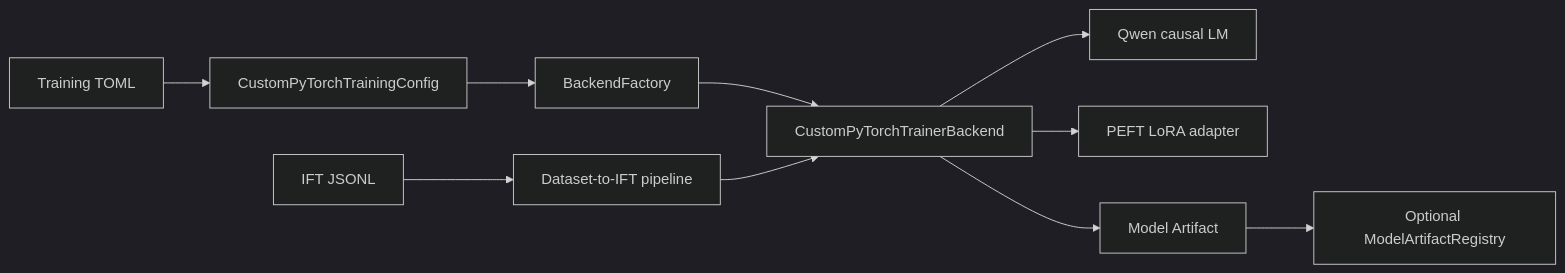
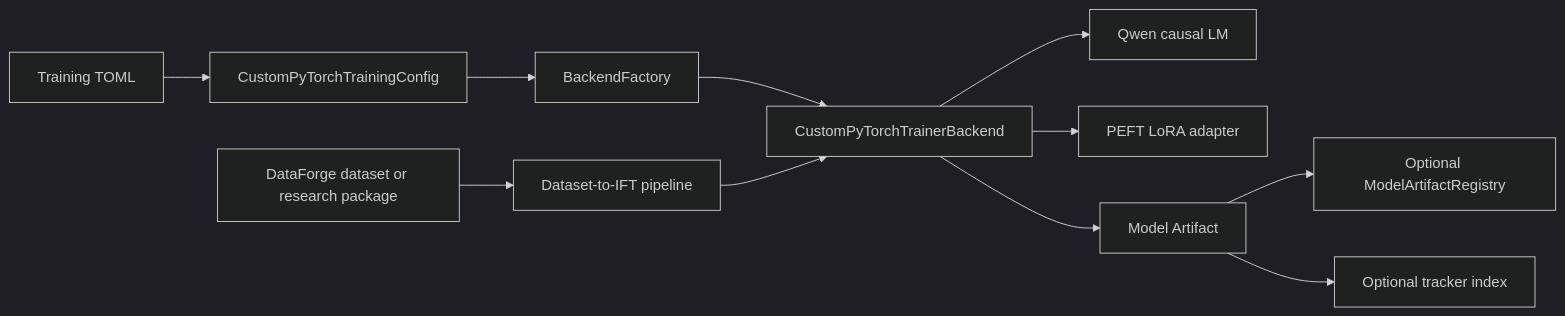
The diagram in docs/architecture.md (cognityx/cognityx-training), drawn with Mermaid (dark theme) before and after one commit. The commit also changed other lines of this file and 22 other files, not shown here.

````diff
--- a/docs/architecture.md
+++ b/docs/architecture.md
@@ -3,12 +3,13 @@
 ```mermaid
 flowchart LR
     TOML[Training TOML] --> Config[CustomPyTorchTrainingConfig]
     Config --> Factory[BackendFactory]
     Factory --> Backend[CustomPyTorchTrainerBackend]
-    JSONL[IFT JSONL] --> Pipeline[Dataset-to-IFT pipeline]
+    Package[DataForge dataset or research package] --> Pipeline[Dataset-to-IFT pipeline]
     Pipeline --> Backend
     Backend --> Qwen[Qwen causal LM]
     Backend --> PEFT[PEFT LoRA adapter]
     Backend --> Artifact[Model Artifact]
     Artifact --> Registry[Optional ModelArtifactRegistry]
+    Artifact --> Tracker[Optional tracker index]
 ```
````
